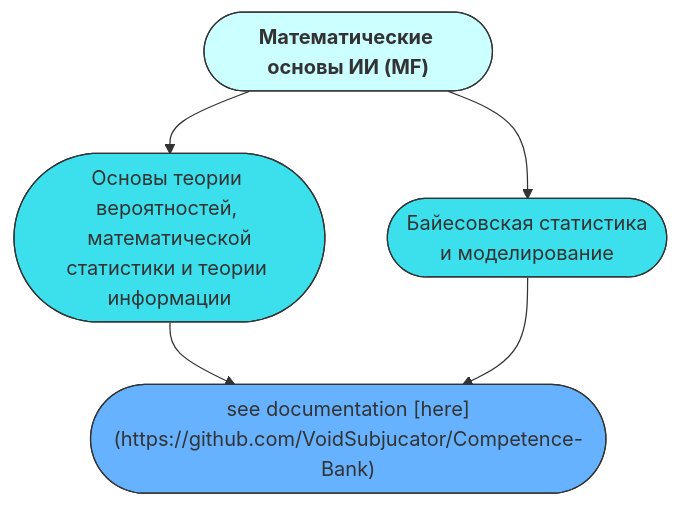
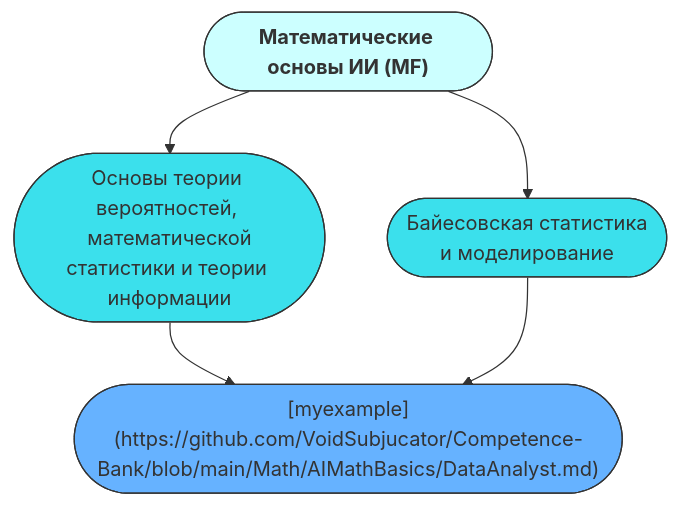
The first of 2 diagrams in README.md (aimclub/ai-competency-model), drawn with Mermaid before and after one commit.

````diff
--- a/README.md
+++ b/README.md
@@ -3,12 +3,12 @@
 ```mermaid
 graph TD;
 classDef areaMathStyle fill:#CCFFFF,stroke:#333,stroke-width:1px
 classDef aspectMathStyle fill:#3BE0EC,stroke:#333,stroke-width:1px
 classDef jobsMathStyle fill:#66B2FF,stroke:#333,stroke-width:1px
 
 AreaMath(["`**Математические основы ИИ (MF)**`"]):::areaMathStyle -->MathAspect1(["Основы теории вероятностей, <br> математической статистики и теории информации"]):::aspectMathStyle
 AreaMath -->MathAspect2(["Байесовская статистика <br> и моделирование"]):::aspectMathStyle
 
-MathAspect1 -->MathJobs(["`see documentation [here](https://github.com/VoidSubjucator/Competence-Bank)`"]):::jobsMathStyle
+MathAspect1 -->MathJobs(["`[myexample](https://github.com/VoidSubjucator/Competence-Bank/blob/main/Math/AIMathBasics/DataAnalyst.md)`"]):::jobsMathStyle
 MathAspect2 -->MathJobs
 ```
````
